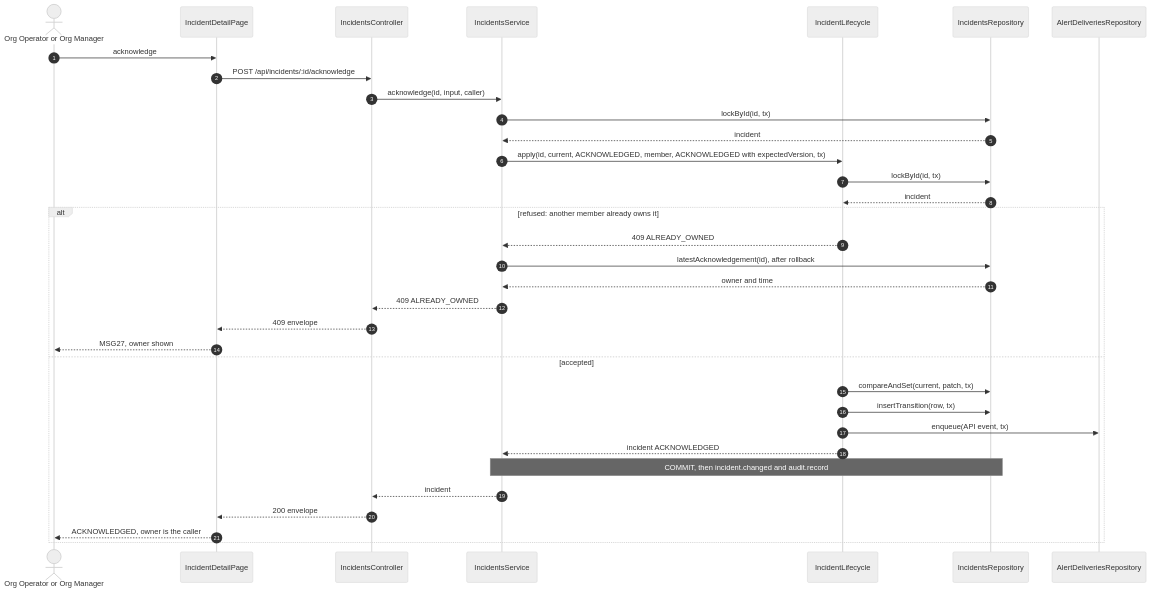
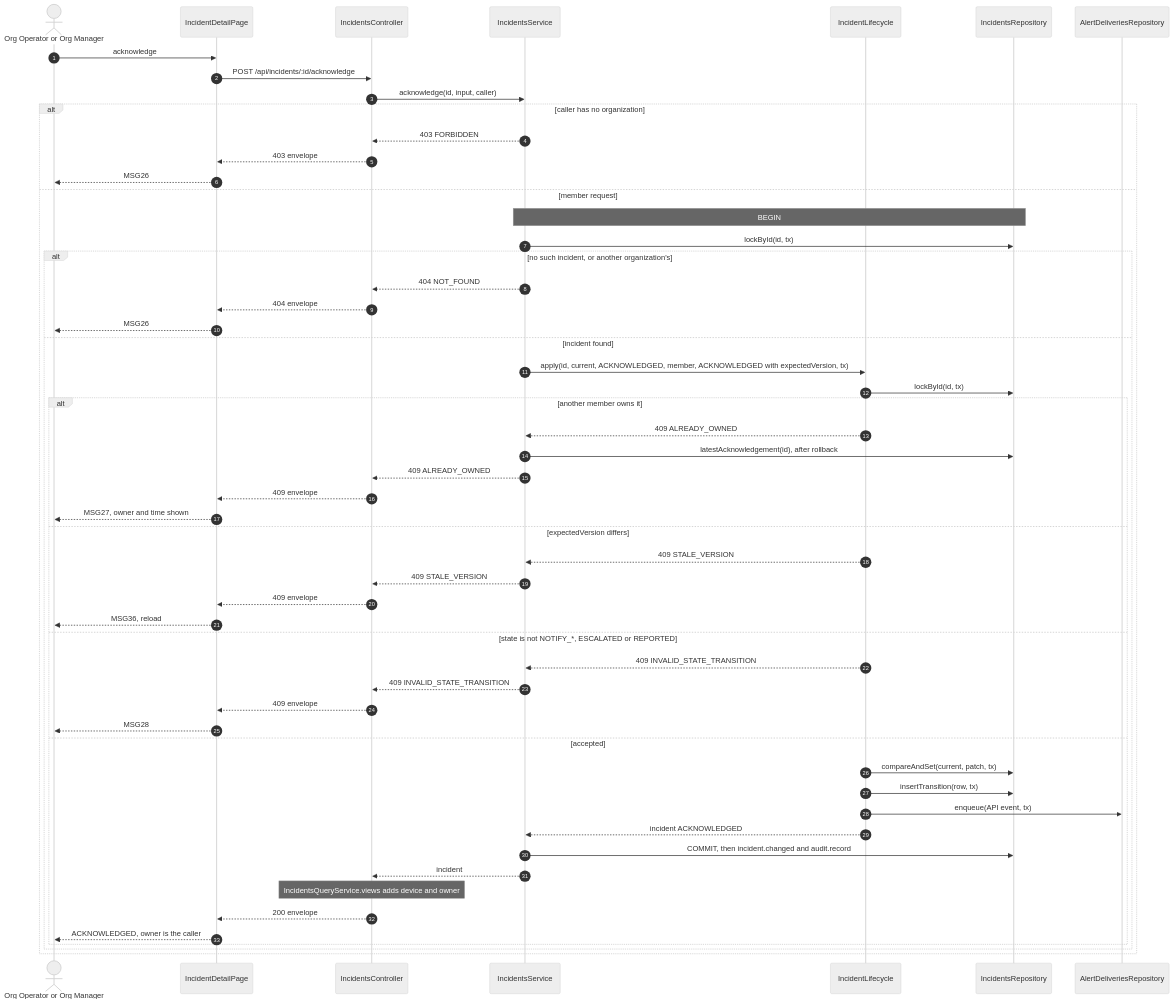
One commit to TrekLink-Team/treklink-web changed the second of 2 diagrams in specs/incidents/api-design/03-post-incidents-id-acknowledge.md. Above: the diagram before and after it, drawn with Mermaid (neutral theme). The commit also changed 8 other files, not shown here.

First line of the commit message:
docs: draw every failure branch in the incidents sequences

````diff
--- a/specs/incidents/api-design/03-post-incidents-id-acknowledge.md
+++ b/specs/incidents/api-design/03-post-incidents-id-acknowledge.md
@@ -263,36 +263,57 @@
 ```mermaid
 sequenceDiagram
     autonumber
     actor U as Org Operator or Org Manager
     participant P as IncidentDetailPage
     participant Ctl as IncidentsController
     participant Svc as IncidentsService
     participant L as IncidentLifecycle
     participant R as IncidentsRepository
     participant Ob as AlertDeliveriesRepository
     U->>P: acknowledge
     P->>Ctl: POST /api/incidents/:id/acknowledge
     Ctl->>Svc: acknowledge(id, input, caller)
-    Svc->>R: lockById(id, tx)
-    R-->>Svc: incident
-    Svc->>L: apply(id, current, ACKNOWLEDGED, member, ACKNOWLEDGED with expectedVersion, tx)
-    L->>R: lockById(id, tx)
-    R-->>L: incident
-    alt refused: another member already owns it
-        L-->>Svc: 409 ALREADY_OWNED
-        Svc->>R: latestAcknowledgement(id), after rollback
-        R-->>Svc: owner and time
-        Svc-->>Ctl: 409 ALREADY_OWNED
-        Ctl-->>P: 409 envelope
-        P-->>U: MSG27, owner shown
-    else accepted
-        L->>R: compareAndSet(current, patch, tx)
-        L->>R: insertTransition(row, tx)
-        L->>Ob: enqueue(API event, tx)
-        L-->>Svc: incident ACKNOWLEDGED
-        Note over Svc,R: COMMIT, then incident.changed and audit.record
-        Svc-->>Ctl: incident
-        Ctl-->>P: 200 envelope
-        P-->>U: ACKNOWLEDGED, owner is the caller
+    alt caller has no organization
+        Svc-->>Ctl: 403 FORBIDDEN
+        Ctl-->>P: 403 envelope
+        P-->>U: MSG26
+    else member request
+        Note over Svc,R: BEGIN
+        Svc->>R: lockById(id, tx)
+        alt no such incident, or another organization's
+            Svc-->>Ctl: 404 NOT_FOUND
+            Ctl-->>P: 404 envelope
+            P-->>U: MSG26
+        else incident found
+            Svc->>L: apply(id, current, ACKNOWLEDGED, member, ACKNOWLEDGED with expectedVersion, tx)
+            L->>R: lockById(id, tx)
+            alt another member owns it
+                L-->>Svc: 409 ALREADY_OWNED
+                Svc->>R: latestAcknowledgement(id), after rollback
+                Svc-->>Ctl: 409 ALREADY_OWNED
+                Ctl-->>P: 409 envelope
+                P-->>U: MSG27, owner and time shown
+            else expectedVersion differs
+                L-->>Svc: 409 STALE_VERSION
+                Svc-->>Ctl: 409 STALE_VERSION
+                Ctl-->>P: 409 envelope
+                P-->>U: MSG36, reload
+            else state is not NOTIFY_*, ESCALATED or REPORTED
+                L-->>Svc: 409 INVALID_STATE_TRANSITION
+                Svc-->>Ctl: 409 INVALID_STATE_TRANSITION
+                Ctl-->>P: 409 envelope
+                P-->>U: MSG28
+            else accepted
+                L->>R: compareAndSet(current, patch, tx)
+                L->>R: insertTransition(row, tx)
+                L->>Ob: enqueue(API event, tx)
+                L-->>Svc: incident ACKNOWLEDGED
+                Svc->>R: COMMIT, then incident.changed and audit.record
+                Svc-->>Ctl: incident
+                Note over Ctl: IncidentsQueryService.views adds device and owner
+                Ctl-->>P: 200 envelope
+                P-->>U: ACKNOWLEDGED, owner is the caller
+            end
+        end
     end
 ```
````
